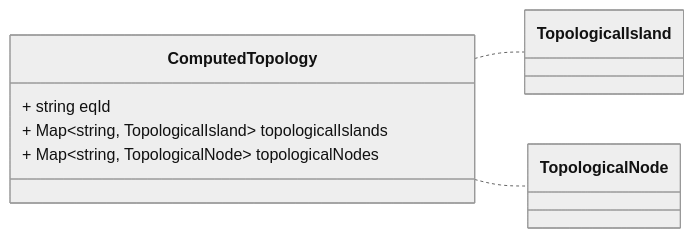
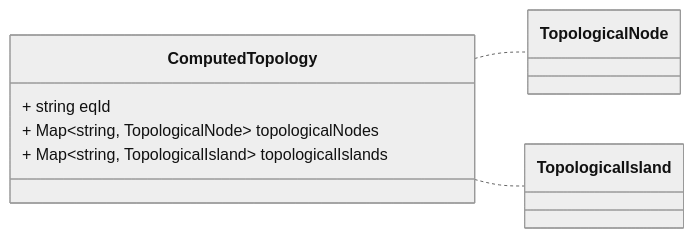
One commit to zaphiro-technologies/protobuf changed the fourth of 4 diagrams in docs/topology.proto.md. Above: the diagram before and after it, drawn with Mermaid (neutral theme). The commit also changed other lines of this file and 12 other files, not shown here.

First line of the commit message:
Replace custom proto-gen-md-diagrams with official one (#50)

````diff
--- a/docs/topology.proto.md
+++ b/docs/topology.proto.md
@@ -82,22 +82,22 @@
 ```mermaid
 classDiagram
 direction LR
 
 %% A processed topology information.
 %% Headers used in rabbitMQ:
 %% * `id` (string): id of the `Topology`
 %% * `type` (string): always `ComputedTopology`
 %% * `producerId` (string): the id of the producer (e.g. a PMU) linked to the dataset.
 %% * `timestampId` (int64): related measurement Unix msec timestamp (if any)
 %% * `subnetworkId` (string): the sub network id for which the topology was computed
 %% 
 
 class ComputedTopology {
   + string eqId
+  + Map~string,  TopologicalNode~ topologicalNodes
   + Map~string,  TopologicalIsland~ topologicalIslands
-  + Map~string,  TopologicalNode~ topologicalNodes
 }
+ComputedTopology .. ` TopologicalNode`
 ComputedTopology .. ` TopologicalIsland`
-ComputedTopology .. ` TopologicalNode`
 
 ```
````
